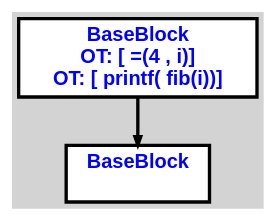
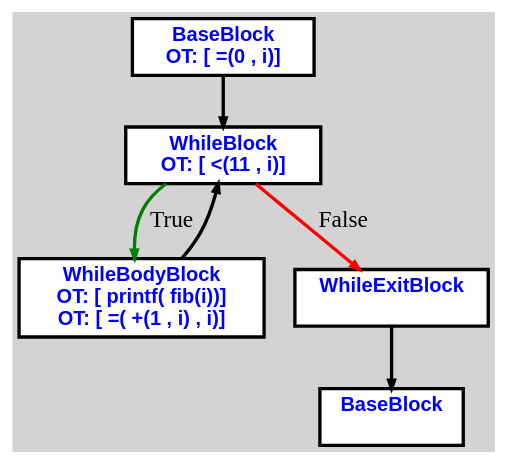
The diagram in cpoCompilerWin/input2.txt.main.dot (aveen007/CountingMonkeys), drawn with Graphviz before and after one commit. The commit also changed 15 other files, not shown here.

```diff
--- a/cpoCompilerWin/input2.txt.main.dot
+++ b/cpoCompilerWin/input2.txt.main.dot
@@ -1,12 +1,21 @@
 digraph G {
 ordering=out;
 ranksep=.4;
 bgcolor="lightgrey";  node [shape=box, fixedsize=false, fontsize=12, fontname="Helvetica-bold", fontcolor="blue"
 width=.25, height=.25, color="black", fillcolor="white", style="filled, solid, bold"];
 
-edge [arrowsize=.5, color="black", style="bold"]    n000011F3F7A241C0 [label="BaseBlock\n OT: [ =(4 , i)]
-OT: [ printf( fib(i))]
+edge [arrowsize=.5, color="black", style="bold"]    n00001266EED241C0 [label="BaseBlock\n OT: [ =(0 , i)]
 "]
-    n000011F3F7A24220 [label="BaseBlock\n "]
-    n000011F3F7A241C0 -> n000011F3F7A24220
+    n00001266EED24220 [label="WhileBlock\n OT: [ <(11 , i)]
+"]
+    n00001266EED241C0 -> n00001266EED24220
+	   n00001266EED24220 -> n00001266EED24280 [ label = "True" color="green"]
+    n00001266EED24280 [label="WhileBodyBlock\n OT: [ printf( fib(i))]
+OT: [ =( +(1 , i) , i)]
+"]
+    n00001266EED24280 -> n00001266EED24220
+	   n00001266EED24220 -> n00001266EED242E0 [ label = "False" color="red"]
+    n00001266EED242E0 [label="WhileExitBlock\n "]
+    n00001266EED24340 [label="BaseBlock\n "]
+    n00001266EED242E0 -> n00001266EED24340
 }
```
